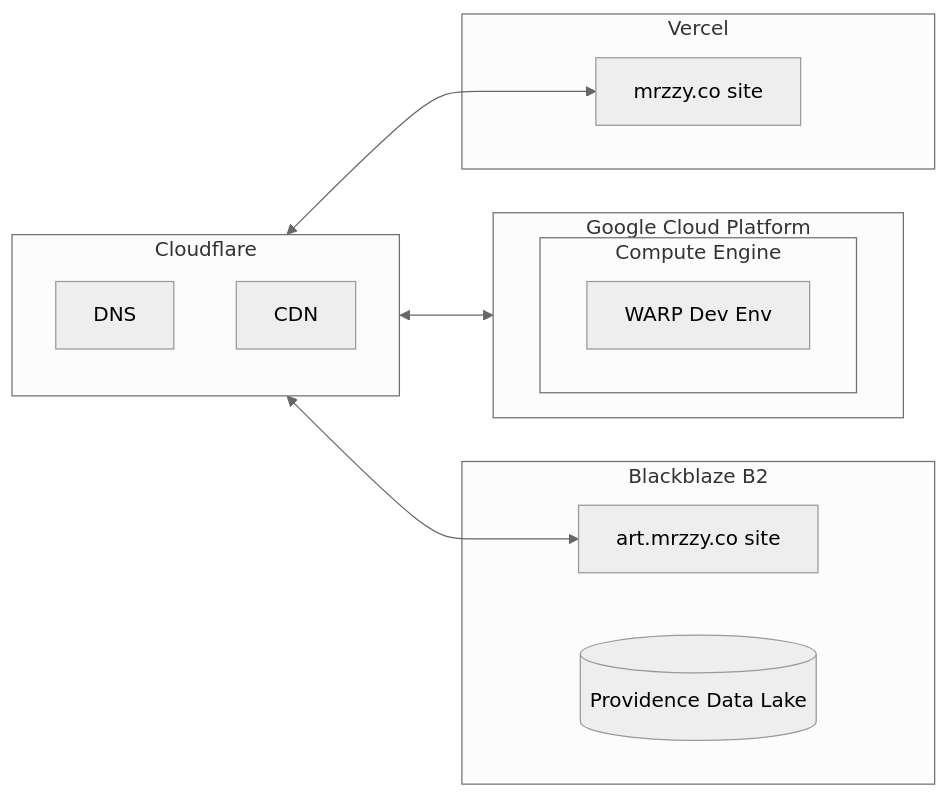
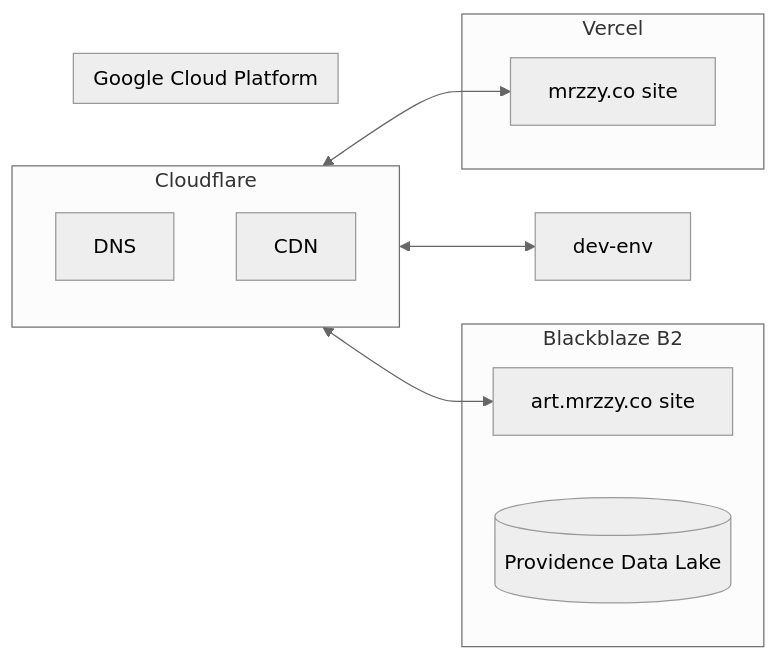
Before and after one commit to mrzzy/nimbus: the diagram in README.md, drawn with Mermaid (neutral theme). The commit also changed other lines of this file and 7 other files, not shown here.

````diff
--- a/README.md
+++ b/README.md
@@ -16,26 +16,23 @@
 ```mermaid
 flowchart LR
     subgraph cf[Cloudflare]
         direction TB
         DNS
         CDN
     end
 
     cf[Cloudflare] <--> dev-env & art & site
 
     subgraph gcp[Google Cloud Platform]
         direction LR
-        subgraph gce[Compute Engine]
-            dev-env[WARP Dev Env]
-        end
     end
 
     subgraph b2[Blackblaze B2]
         art[art.mrzzy.co site]
         lake[(Providence Data Lake)]
     end
 
     subgraph vercel[Vercel]
         site[mrzzy.co site]
     end
 ```
````
